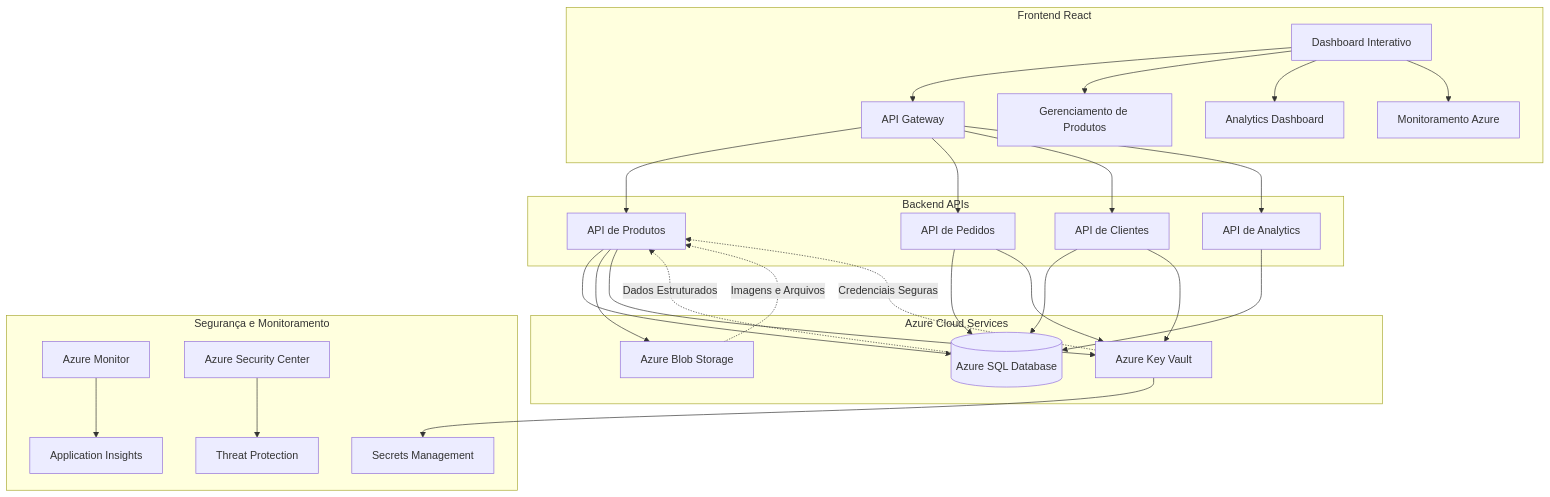
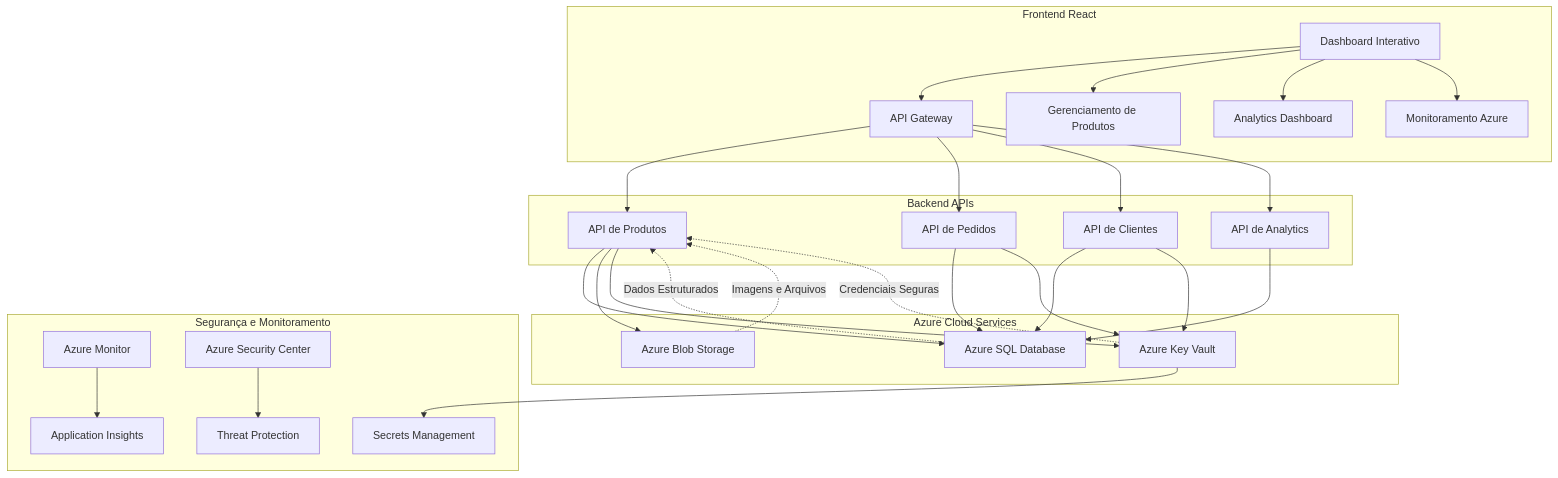
The first of 2 diagrams in README.md (galafis/Armazenando-dados-de-um-E-Commerce-na-Cloud), drawn with Mermaid before and after one commit.

Commit message:
fix: Correct Mermaid syntax in architecture diagram
- Remove problematic database node syntax [(Azure SQL Database)]
- Fix parsing error that prevented diagram rendering
- Ensure proper Mermaid syntax for all components
- Update architecture visualization for better clarity

Author: Gabriel Demetrios Lafis

````diff
--- a/README.md
+++ b/README.md
@@ -71,38 +71,38 @@
 ```mermaid
 graph TD
     subgraph "Frontend React"
         A[Dashboard Interativo] --> B[API Gateway]
         A --> C[Gerenciamento de Produtos]
         A --> D[Analytics Dashboard]
         A --> E[Monitoramento Azure]
     end
 
     subgraph "Backend APIs"
         B --> F[API de Produtos]
         B --> G[API de Pedidos]
         B --> H[API de Clientes]
         B --> I[API de Analytics]
     end
 
     subgraph "Azure Cloud Services"
-        F --> J[(Azure SQL Database)]
+        F --> J[Azure SQL Database]
         F --> K[Azure Blob Storage]
         G --> J
         H --> J
         I --> J
         
         F --> L[Azure Key Vault]
         G --> L
         H --> L
     end
 
     subgraph "Segurança e Monitoramento"
         L --> M[Secrets Management]
         N[Azure Monitor] --> O[Application Insights]
         P[Azure Security Center] --> Q[Threat Protection]
     end
 
     J -.->|Dados Estruturados| F
     K -.->|Imagens e Arquivos| F
     L -.->|Credenciais Seguras| F
 ```
````
